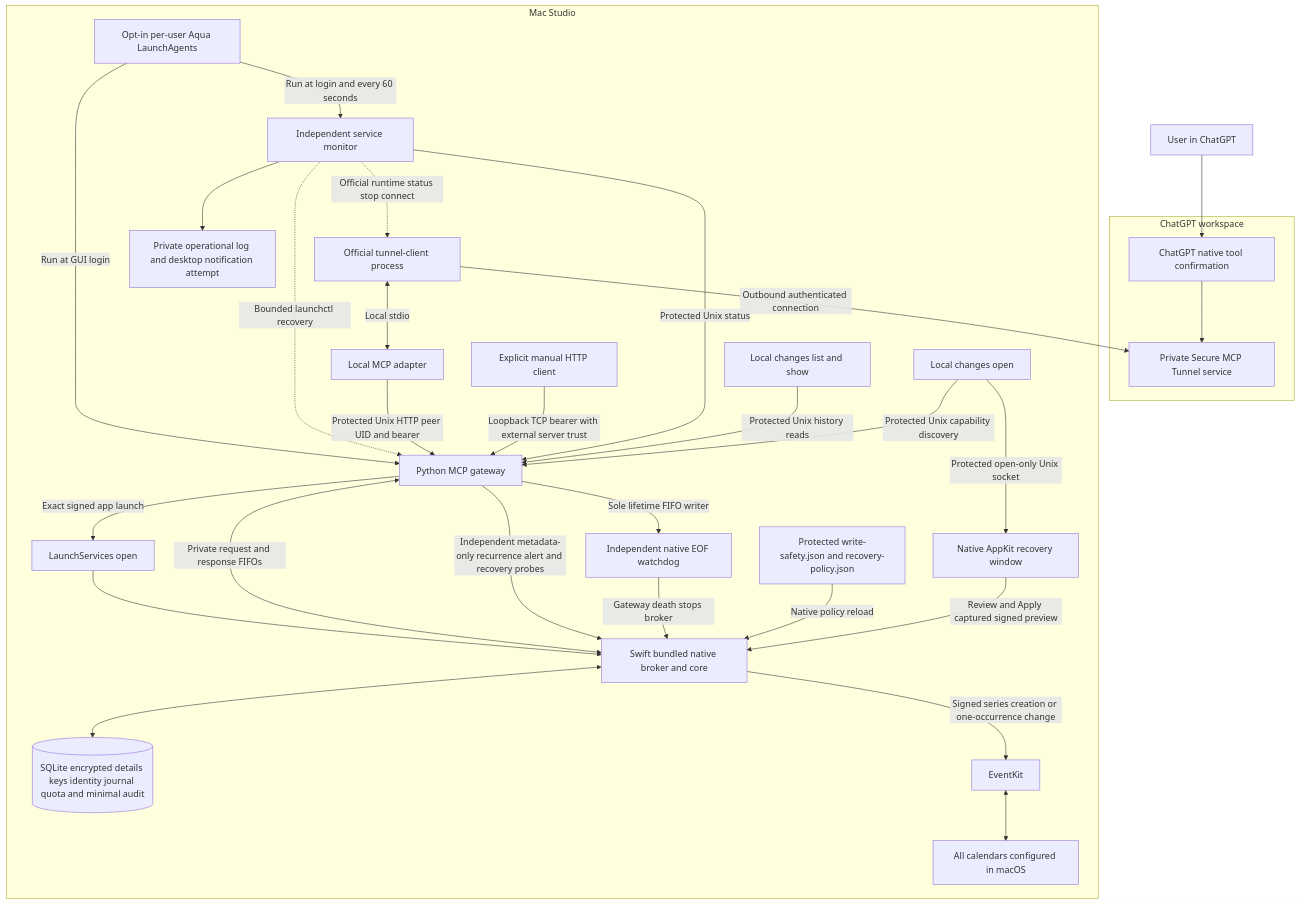
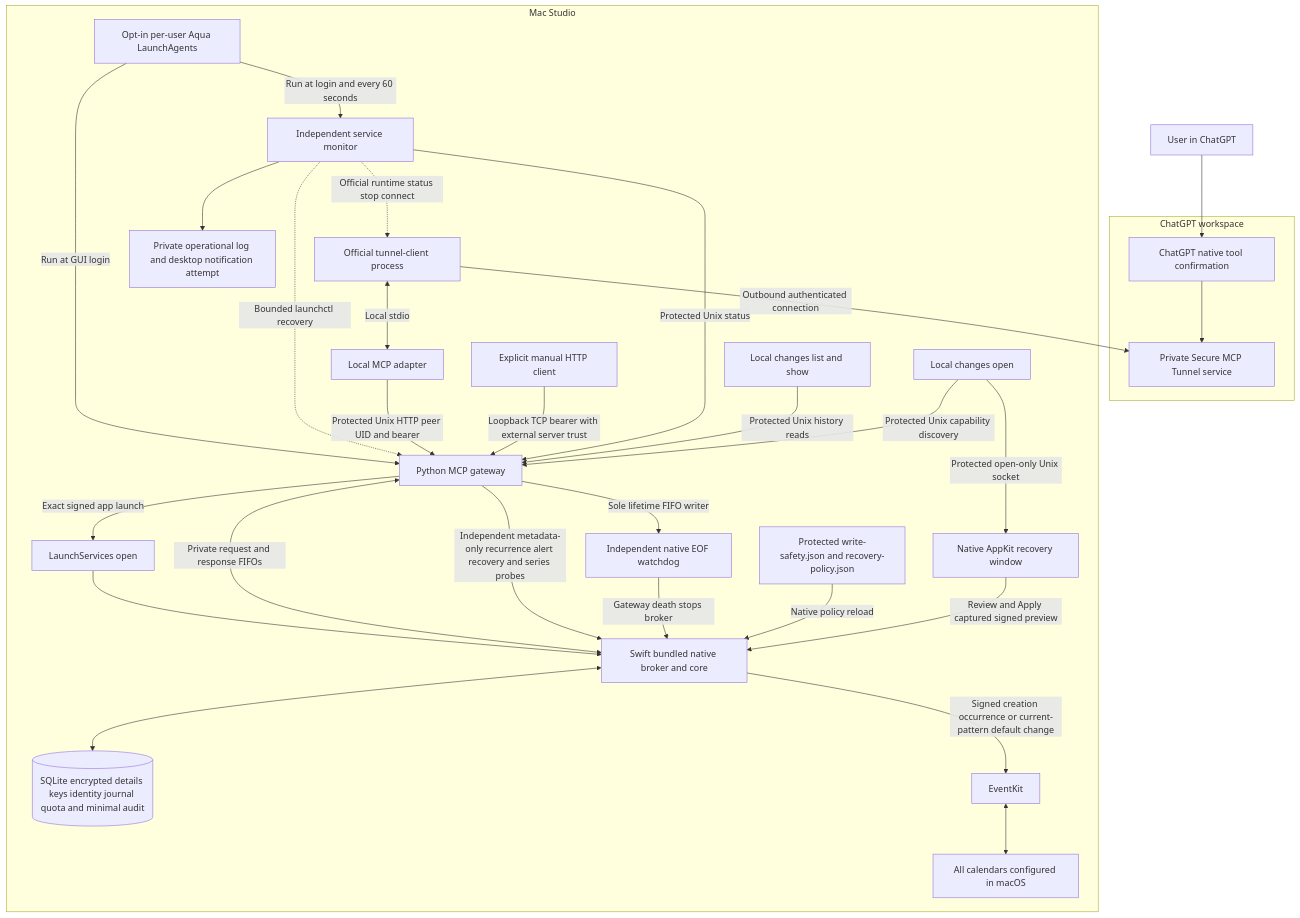
Before and after one commit to rmilkowski/icloud-calendar-mcp: the first of 4 diagrams in docs/architecture.md, drawn with Mermaid. The commit also changed other lines of this file and 21 other files, not shown here.

Commit message:
Support current-series field changes with scoped recovery

````diff
--- a/docs/architecture.md
+++ b/docs/architecture.md
@@ -50,33 +65,33 @@
 ```mermaid
 flowchart TB
     U[User in ChatGPT] --> C[ChatGPT native tool confirmation]
     subgraph Cloud[ChatGPT workspace]
         C --> T[Private Secure MCP Tunnel service]
     end
     subgraph Mac[Mac Studio]
         LD[Opt-in per-user Aqua LaunchAgents] -->|Run at GUI login| G
         LD -->|Run at login and every 60 seconds| M[Independent service monitor]
         M -.->|Bounded launchctl recovery| G
         M -.->|Official runtime status stop connect| TC
         M --> N[Private operational log and desktop notification attempt]
         TC[Official tunnel-client process] -->|Outbound authenticated connection| T
         TC <-->|Local stdio| A[Local MCP adapter]
         A -->|Protected Unix HTTP peer UID and bearer| G[Python MCP gateway]
         MANUAL[Explicit manual HTTP client] -->|Loopback TCP bearer with external server trust| G
         M -->|Protected Unix status| G
         G -->|Exact signed app launch| L[LaunchServices open]
         L --> B[Swift bundled native broker and core]
         G <-->|Private request and response FIFOs| B
-        G -->|Independent metadata-only recurrence alert and recovery probes| B
+        G -->|Independent metadata-only recurrence alert recovery and series probes| B
         G -->|Sole lifetime FIFO writer| W[Independent native EOF watchdog]
         W -->|Gateway death stops broker| B
         P[Protected write-safety.json and recovery-policy.json] -->|Native policy reload| B
         CLI[Local changes list and show] -->|Protected Unix history reads| G
         OPEN -->|Protected Unix capability discovery| G
         OPEN[Local changes open] -->|Protected open-only Unix socket| UI[Native AppKit recovery window]
         UI -->|Review and Apply captured signed preview| B
         B <--> D[(SQLite encrypted details keys identity journal quota and minimal audit)]
-        B -->|Signed series creation or one-occurrence change| E[EventKit]
+        B -->|Signed creation occurrence or current-pattern default change| E[EventKit]
         E <--> K[All calendars configured in macOS]
     end
 ```
````
